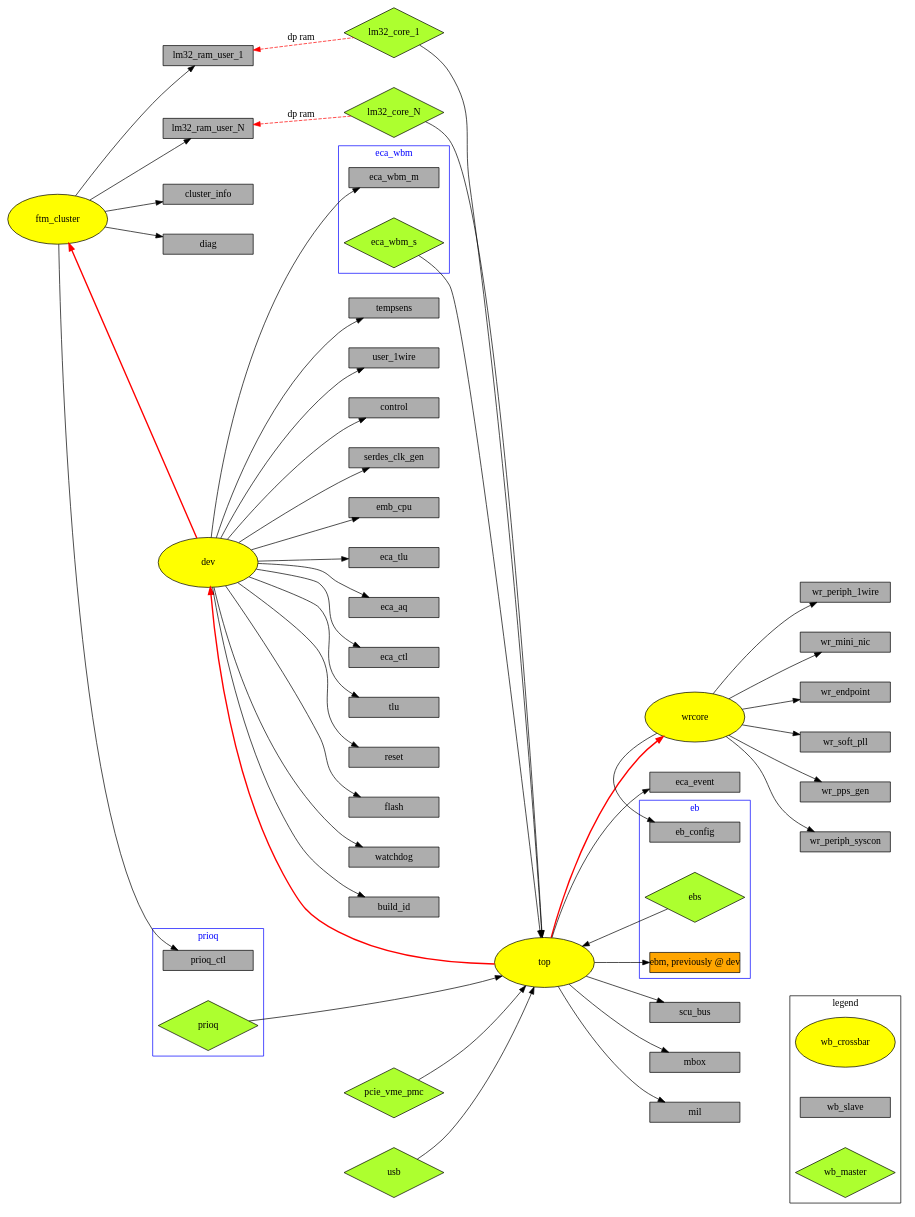
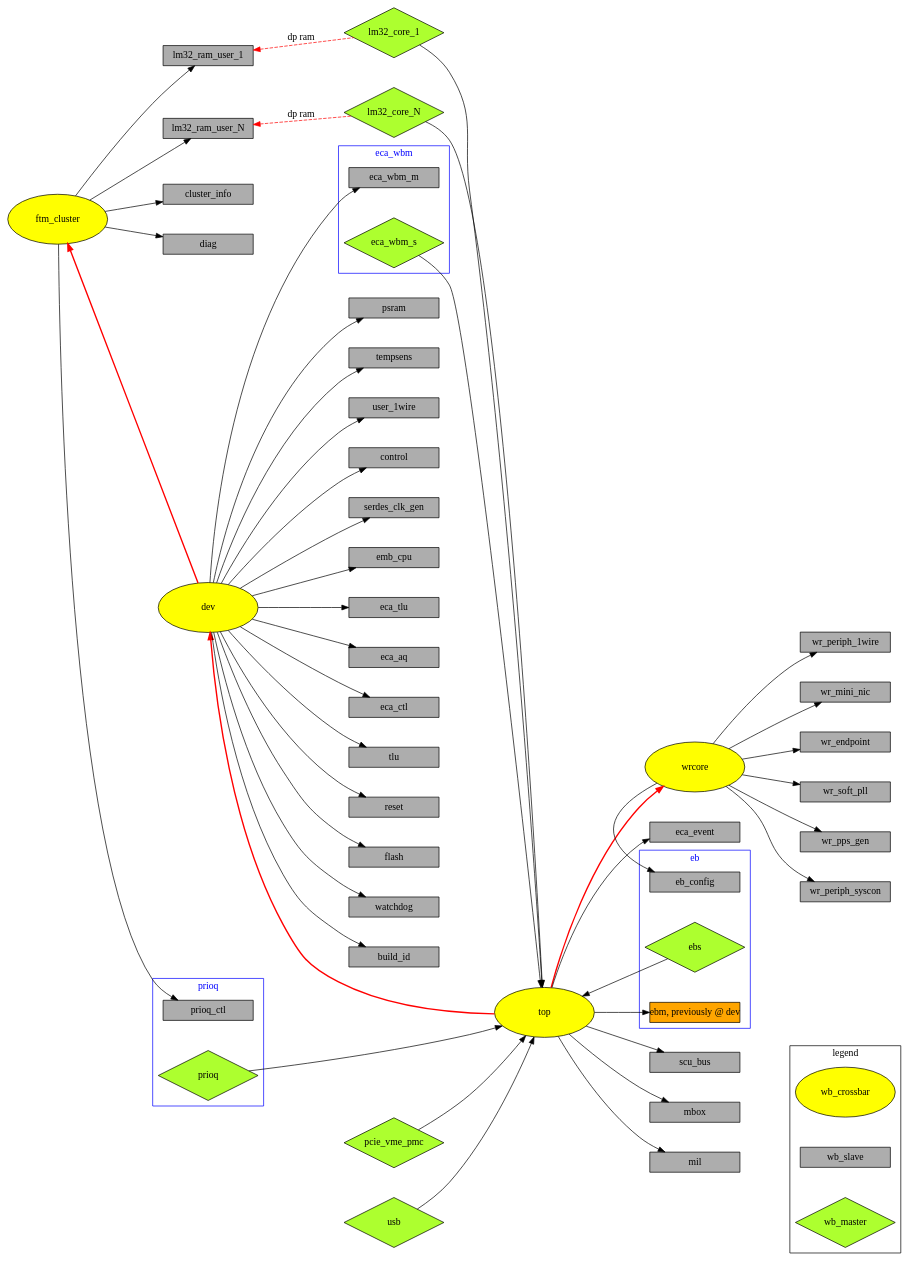
Before and after one commit to GSI-CS-CO/bel_projects: the diagram in modules/monster/monster.dot, drawn with Graphviz.

Commit message:
monster: added psram to dot file

```diff
--- a/modules/monster/monster.dot
+++ b/modules/monster/monster.dot
@@ -38,12 +38,13 @@
 user_1wire          [type="slave", shape="rectangle", style="filled", fillcolor="gray68", color="black", fixedsize=true, width=1.8, height=.4];
 tempsens            [type="slave", shape="rectangle", style="filled", fillcolor="gray68", color="black", fixedsize=true, width=1.8, height=.4];
 prioq_ctl           [type="slave", shape="rectangle", style="filled", fillcolor="gray68", color="black", fixedsize=true, width=1.8, height=.4];
-wr_mini_nic         [type="slave", shape="rectangle", style="filled", fillcolor="gray68" , color="black", fixedsize=true, width=1.8, height=.4];
-wr_endpoint         [type="slave", shape="rectangle", style="filled", fillcolor="gray68" , color="black", fixedsize=true, width=1.8, height=.4];
-wr_soft_pll         [type="slave", shape="rectangle", style="filled", fillcolor="gray68" , color="black", fixedsize=true, width=1.8, height=.4];
-wr_pps_gen          [type="slave", shape="rectangle", style="filled", fillcolor="gray68" , color="black", fixedsize=true, width=1.8, height=.4];
-wr_periph_syscon    [type="slave", shape="rectangle", style="filled", fillcolor="gray68" , color="black", fixedsize=true, width=1.8, height=.4];
-wr_periph_1wire     [type="slave", shape="rectangle", style="filled", fillcolor="gray68" , color="black", fixedsize=true, width=1.8, height=.4];
+wr_mini_nic         [type="slave", shape="rectangle", style="filled", fillcolor="gray68", color="black", fixedsize=true, width=1.8, height=.4];
+psram               [type="slave", shape="rectangle", style="filled", fillcolor="gray68", color="black", fixedsize=true, width=1.8, height=.4];
+wr_endpoint         [type="slave", shape="rectangle", style="filled", fillcolor="gray68", color="black", fixedsize=true, width=1.8, height=.4];
+wr_soft_pll         [type="slave", shape="rectangle", style="filled", fillcolor="gray68", color="black", fixedsize=true, width=1.8, height=.4];
+wr_pps_gen          [type="slave", shape="rectangle", style="filled", fillcolor="gray68", color="black", fixedsize=true, width=1.8, height=.4];
+wr_periph_syscon    [type="slave", shape="rectangle", style="filled", fillcolor="gray68", color="black", fixedsize=true, width=1.8, height=.4];
+wr_periph_1wire     [type="slave", shape="rectangle", style="filled", fillcolor="gray68", color="black", fixedsize=true, width=1.8, height=.4];
 wb_slave            [type="slave", shape="rectangle", style="filled", fillcolor="gray68", color="black", fixedsize=true, width=1.8, height=.4];
 
 // wb masters
@@ -85,11 +86,12 @@
 dev               -> eca_aq           [type="slaveconnect", color="black", arrowhead=normal];      
 dev               -> eca_tlu          [type="slaveconnect", color="black", arrowhead=normal];      
 dev               -> eca_wbm_m        [type="slaveconnect", color="black", arrowhead=normal];      
-dev               -> emb_cpu          [type="slaveconnect", color="black", arrowhead=normal];      
+dev               -> emb_cpu          [type="slaveconnect", color="black", arrowhead=normal];
 dev               -> serdes_clk_gen   [type="slaveconnect", color="black", arrowhead=normal];      
 dev               -> control          [type="slaveconnect", color="black", arrowhead=normal];      
 dev               -> user_1wire       [type="slaveconnect", color="black", arrowhead=normal];      
 dev               -> tempsens         [type="slaveconnect", color="black", arrowhead=normal];      
+dev               -> psram            [type="slaveconnect", color="black", arrowhead=normal];      
 ftm_cluster       -> lm32_ram_user_1  [type="slaveconnect", color="black", arrowhead=normal];      
 ftm_cluster       -> lm32_ram_user_N  [type="slaveconnect", color="black", arrowhead=normal];      
 ftm_cluster       -> cluster_info     [type="slaveconnect", color="black", arrowhead=normal];      
@@ -104,8 +106,8 @@
 wrcore            -> wr_periph_1wire  [type="slaveconnect", color="black", arrowhead=normal];
 
 // special connects
-lm32_ram_user_1  -> lm32_core_1      [type="specialconnect", color="red",  arrowhead=normal, style=dashed, label="dp ram", dir=back];      
-lm32_ram_user_N  -> lm32_core_N      [type="specialconnect", color="red",  arrowhead=normal, style=dashed, label="dp ram", dir=back];
+lm32_ram_user_1  -> lm32_core_1       [type="specialconnect", color="red",  arrowhead=normal, style=dashed, label="dp ram", dir=back];      
+lm32_ram_user_N  -> lm32_core_N       [type="specialconnect", color="red",  arrowhead=normal, style=dashed, label="dp ram", dir=back];
 
 rank=same;
 
@@ -161,6 +163,7 @@
        control;        
        user_1wire;
        tempsens;
+       psram;
 
        //fontcolor="deeppink4"; color=deeppink4;
        style=invis;
```
